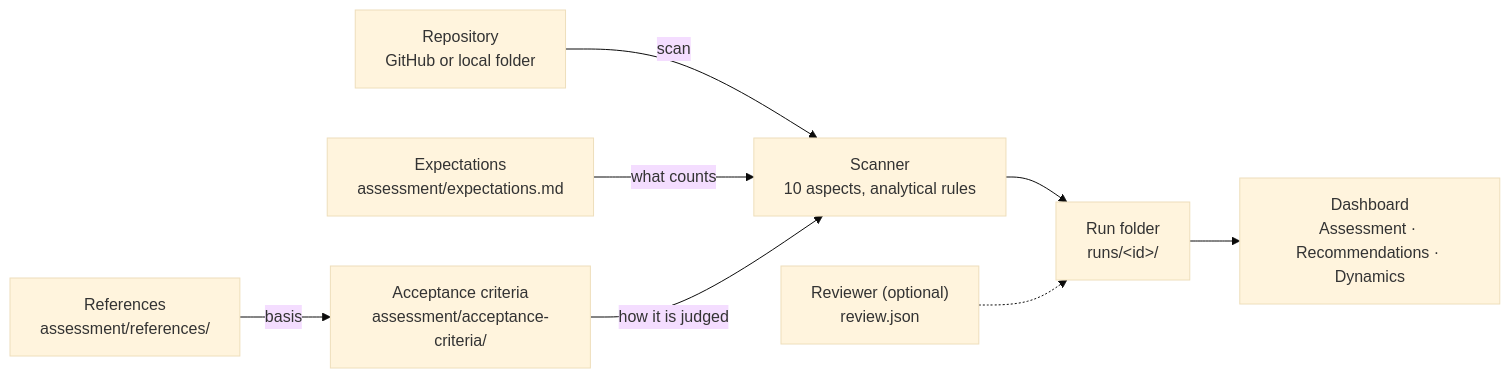
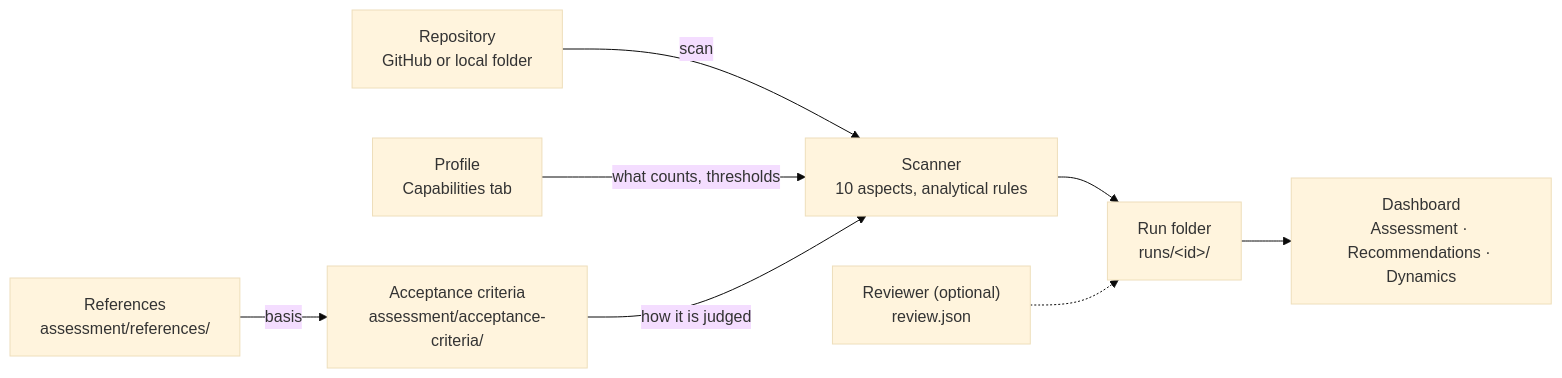
The diagram in README.md (dryabokon/SDLC360), drawn with Mermaid (base theme) before and after one commit. The commit also changed other lines of this file and 45 other files, not shown here.

First line of the commit message:
Capabilities and profiles: configure the assessment in the app

````diff
--- a/README.md
+++ b/README.md
@@ -117,10 +118,10 @@
 ```mermaid
 flowchart LR
     R["Repository<br/>GitHub or local folder"] -->|scan| S["Scanner<br/>10 aspects, analytical rules"]
-    E["Expectations<br/>assessment/expectations.md"] -->|what counts| S
+    E["Profile<br/>Capabilities tab"] -->|what counts, thresholds| S
     A["Acceptance criteria<br/>assessment/acceptance-criteria/"] -->|how it is judged| S
     Src["References<br/>assessment/references/"] -->|basis| A
     S --> Run["Run folder<br/>runs/&lt;id&gt;/"]
     Rev["Reviewer (optional)<br/>review.json"] -.-> Run
     Run --> D["Dashboard<br/>Assessment · Recommendations · Dynamics"]
 ```
````
